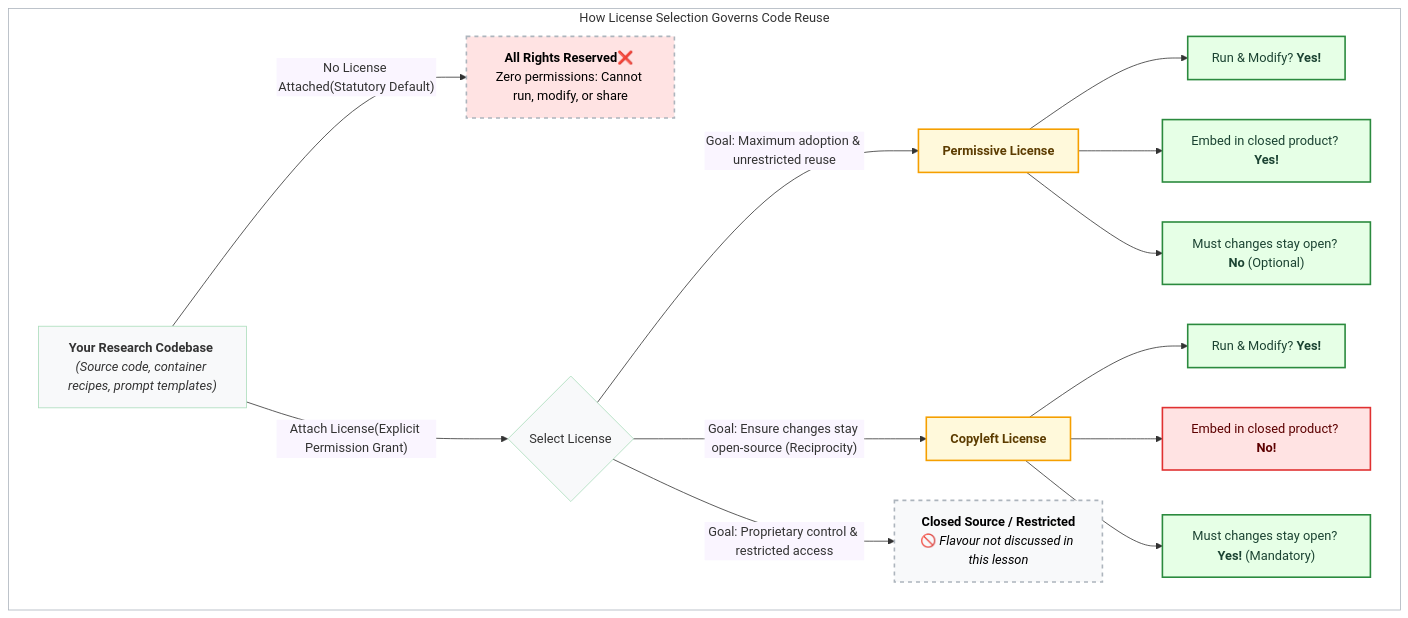
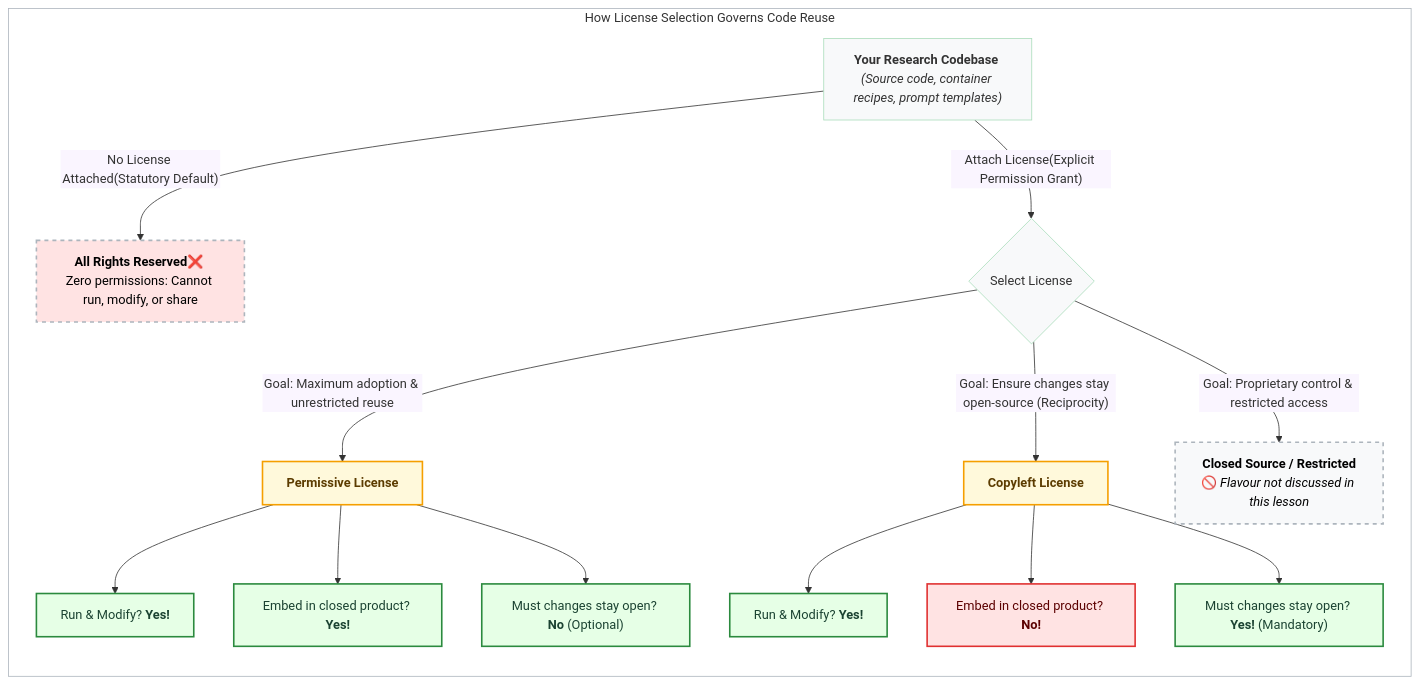
One commit to coderefinery/social-coding changed the first of 3 diagrams in content/software-licensing.md. Above: the diagram before and after it, drawn with Mermaid.

Commit message:
Change mermaid orientation to check rendering

````diff
--- a/content/software-licensing.md
+++ b/content/software-licensing.md
@@ -55,39 +55,39 @@
 ```{mermaid}
 %%{init: {'themeVariables': { 'edgeLabelBackground': '#faf5ff' }}}%%
 
-flowchart TB
+flowchart LR
 
   subgraph box["How License Selection Governs Code Reuse"]
     A["<b>Your Research Codebase </b></><i>(Source code, container recipes, prompt templates)</i>"] -->|"No License Attached</>(Statutory Default)"| B["<b>All Rights Reserved</b></>❌ Zero permissions: Cannot run, modify, or share"]
 
     A -->|"Attach License</>(Explicit Permission Grant)"| C{"Select License"}
 
     C -->|"Goal: Maximum adoption & unrestricted reuse"| D["<b>Permissive License</b>"]
     C -->|"Goal: Ensure changes stay open-source (Reciprocity)"| E["<b>Copyleft License</b>"]
     C -->|"Goal: Proprietary control & restricted access"| F["<b>Closed Source / Restricted</b></>🚫 <i>Flavour not discussed in this lesson</i>"]
 
     D --> D1["Run & Modify? <b>Yes!</b>"]
     D --> D2["Embed in closed product? <b>Yes!</b>"]
     D --> D3["Must changes stay open? <b>No</b> (Optional)"]
 
     E --> E1["Run & Modify? <b>Yes!</b>"]
     E --> E2["Embed in closed product? <b>No!</b>"]
     E --> E3["Must changes stay open? <b>Yes!</b> (Mandatory)"]
   end  
    classDef green fill:#e6ffe6,stroke:#2b8a3e,stroke-width:2px,color:#1b4332;
    classDef red fill:#ffe3e3,stroke:#e03131,stroke-width:2px,color:#5c0000;
    classDef yellow fill:#fff9db,stroke:#f59f00,stroke-width:2px,color:#5c3c00;
    classDef white fill:#f8f9fa,stroke:#adb
    classDef dashed fill:#f8f9fa,stroke:#adb5bd,stroke-width:2px,stroke-dasharray: 5 5,color:#000000;
    classDef dashed_red fill:#ffe3e3,stroke:#adb5bd,stroke-width:2px,stroke-dasharray: 5 5,color:#000000;
    classDef defaultState fill:#ffe3e3,stroke:#e03131,stroke-width:2px,color:#5c0000;
    classDef box_fill fill:#ffffff,stroke:#adb5bd,stroke-width:1px;
     
    class D1,D2,D3,E1,E3 green;
    class E2 red;
    class D,E yellow;
    class F dashed;
    class B dashed_red;
    class A,C white;
    class box box_fill;
 ```
````
